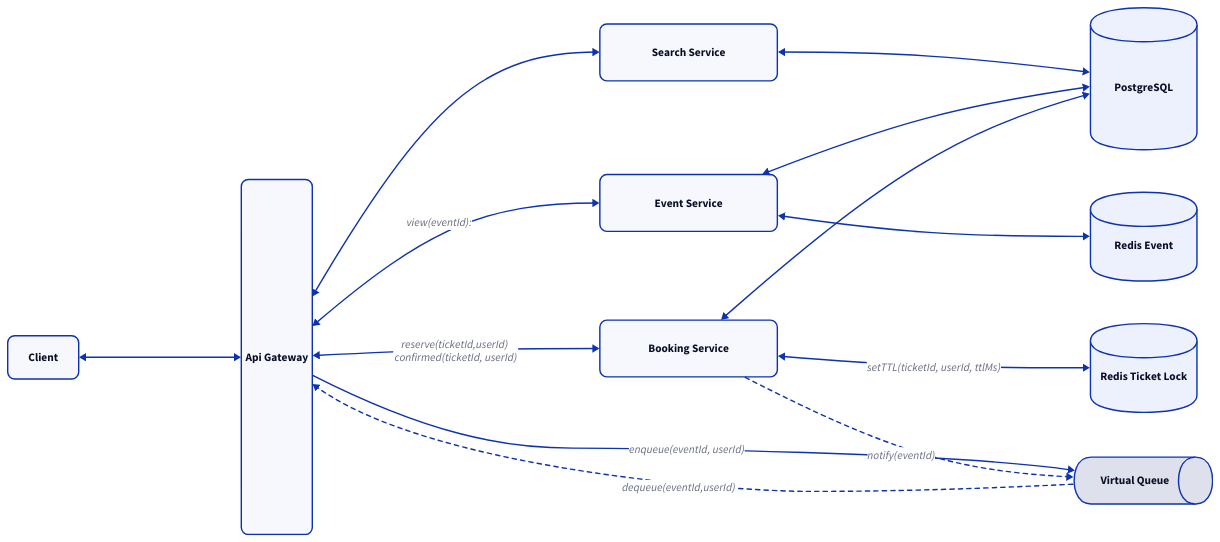
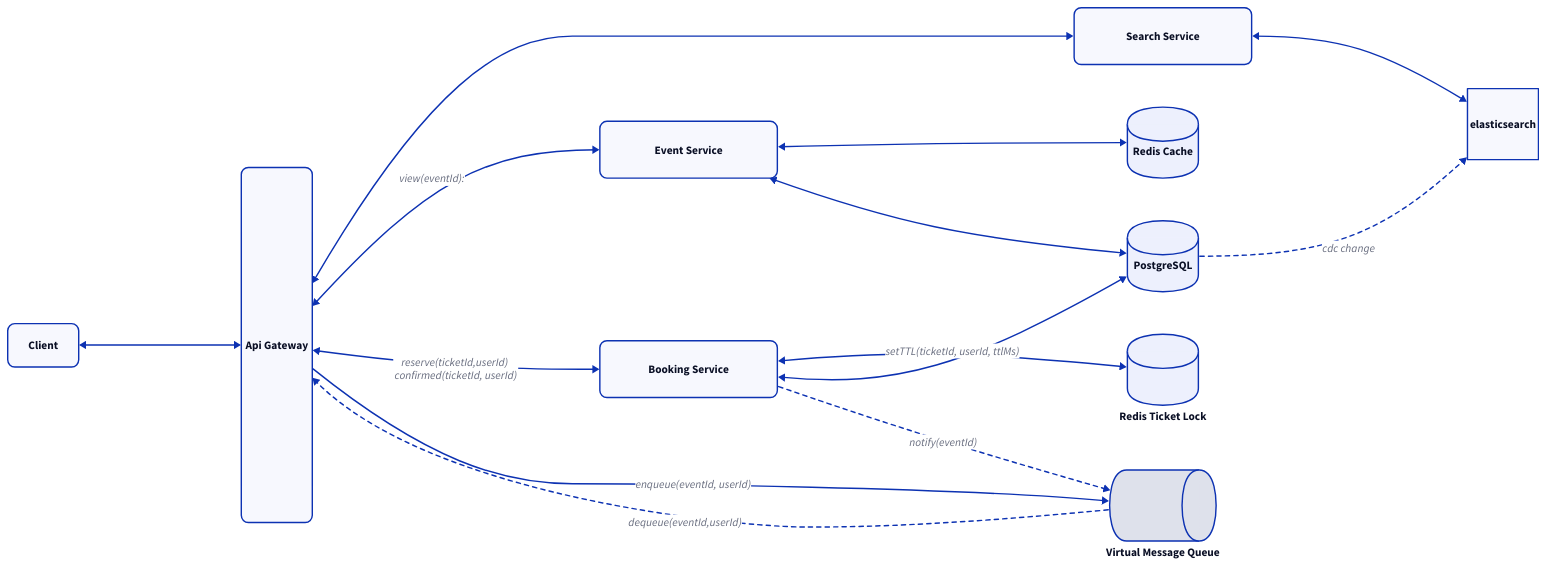
One commit to nguyen-vo/booking-management-system changed the diagram in diagrams/high-level-system.d2. Above: the diagram before and after it, drawn with D2. The commit also changed 12 other files, not shown here.

Commit message:
Update reservation flow

```diff
--- a/diagrams/high-level-system.d2
+++ b/diagrams/high-level-system.d2
@@ -1,80 +1,93 @@
 direction: right
 client: Client {
   width: 100
   style: {
     border-radius: 10
   }
 }
 ag: Api Gateway {
   shape: rectangle
   height: 500
   width: 100
   style: {
     border-radius: 10
   }
 }
 
 ss: Search Service {
   shape: rectangle
   width: 250
   height: 80
   style: {
     border-radius: 10
   }
 }
 es: Event Service {
   shape: rectangle
   width: 250
   height: 80
   style: {
     border-radius: 10
   }
 }
 bs: Booking Service {
   shape: rectangle
   width: 250
   height: 80
   style: {
     border-radius: 10
   }
 }
 pg: PostgreSQL {
-  shape: cylinder
-  height: 200
+  shape:cylinder
+  height: 100
+  width: 100
+}
+redis: Redis Cache {
+  shape:cylinder
+  height: 100
+  width: 100
+}
+tl: Redis Ticket Lock {
+  shape:cylinder
+  height: 100
+  width: 100
+}
+
+ess: elasticsearch {
+  shape: square
+  height: 100
+  width: 100
+}
+queue: Virtual Message Queue {
+  shape: queue
+  height: 100
   width: 150
 }
-redis: Redis Event {
-  shape: cylinder
-  height: 125
-  width: 150
+
+client <-> ag <-> ss <-> ess: {direction: right}
+pg -> ess: "cdc change" {
+  near: center-left
+  style: {
+    stroke-dash: 3
+  }
 }
-tl: Redis Ticket Lock {
-  shape: cylinder
-  height: 125
-  width: 150
-}
-queue: Virtual Queue {
-  shape: queue
-}
-
-client <-> ag <-> ss <-> pg: {direction: right}
 
 ag <-> es: view(eventId): {direction: right}
 es <-> redis
 es <-> pg
 
 ag <-> bs: "reserve(ticketId,userId) \n confirmed(ticketId, userId)"
 bs <-> tl: "setTTL(ticketId, userId, ttlMs)"
 bs <-> pg
 ag -> queue: enqueue(eventId, userId)
 bs -> queue: "notify(eventId)" {
-  near: center-left
   style: {
     stroke-dash: 3
   }
 }
 queue -> ag: "dequeue(eventId,userId)" {
   style: {
     stroke-dash: 3
   }
 }
```
